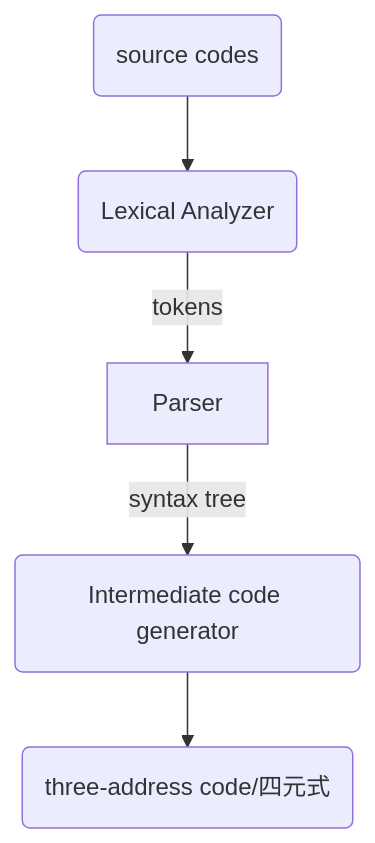
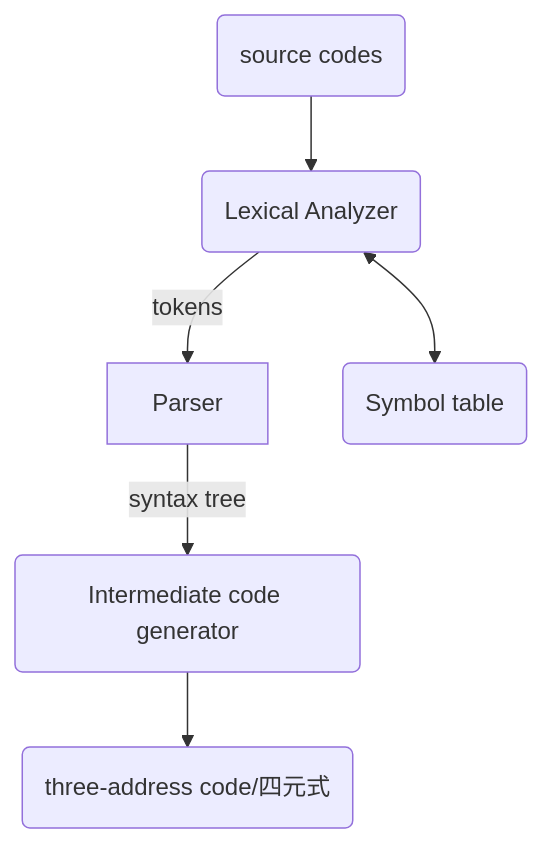
The second of 2 diagrams in 编译原理学习笔记.md (DCMMC/Notes), drawn with Mermaid before and after one commit.

Commit message:
修改文件: 编译原理学习笔记.md

````diff
--- a/编译原理学习笔记.md
+++ b/编译原理学习笔记.md
@@ -58,8 +58,9 @@
 ```mermaid!
 graph TD;
 	id0(source codes)-->id1(Lexical Analyzer);
 	id1(Lexical Analyzer)-- tokens -->Parser;
 	Parser-- syntax tree -->id2(Intermediate code generator);
 	id2--> id3(three-address code/四元式);
+	id1<-->id4(Symbol table);
 	
 ```
````
